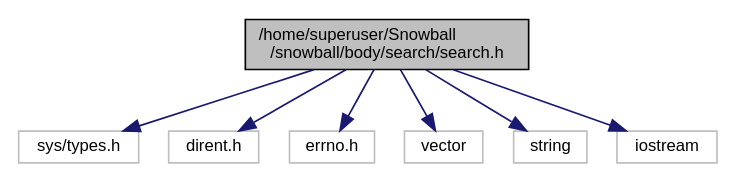
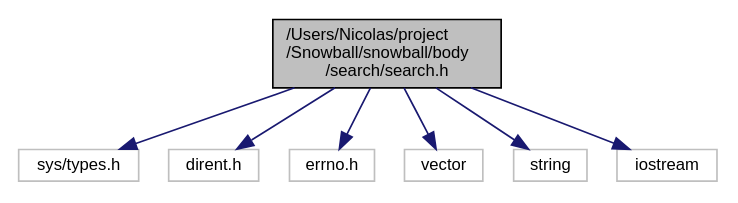
One commit to HexDumper/Snowball changed the diagram in snowball/documentation/rtf/search_8h__incl.dot. Above: the diagram before and after it, drawn with Graphviz. The commit also changed 330 other files, not shown here.

```diff
--- a/snowball/documentation/rtf/search_8h__incl.dot
+++ b/snowball/documentation/rtf/search_8h__incl.dot
@@ -1,18 +1,18 @@
-digraph "/home/superuser/Snowball/snowball/body/search/search.h"
+digraph "/Users/Nicolas/project/Snowball/snowball/body/search/search.h"
 {
   edge [fontname="Helvetica",fontsize="10",labelfontname="Helvetica",labelfontsize="10"];
   node [fontname="Helvetica",fontsize="10",shape=record];
-  Node1 [label="/home/superuser/Snowball\l/snowball/body/search/search.h",height=0.2,width=0.4,color="black", fillcolor="grey75", style="filled", fontcolor="black"];
-  Node1 -> Node2 [color="midnightblue",fontsize="10",style="solid",fontname="Helvetica"];
-  Node2 [label="sys/types.h",height=0.2,width=0.4,color="grey75", fillcolor="white", style="filled"];
-  Node1 -> Node3 [color="midnightblue",fontsize="10",style="solid",fontname="Helvetica"];
-  Node3 [label="dirent.h",height=0.2,width=0.4,color="grey75", fillcolor="white", style="filled"];
-  Node1 -> Node4 [color="midnightblue",fontsize="10",style="solid",fontname="Helvetica"];
-  Node4 [label="errno.h",height=0.2,width=0.4,color="grey75", fillcolor="white", style="filled"];
-  Node1 -> Node5 [color="midnightblue",fontsize="10",style="solid",fontname="Helvetica"];
-  Node5 [label="vector",height=0.2,width=0.4,color="grey75", fillcolor="white", style="filled"];
-  Node1 -> Node6 [color="midnightblue",fontsize="10",style="solid",fontname="Helvetica"];
-  Node6 [label="string",height=0.2,width=0.4,color="grey75", fillcolor="white", style="filled"];
-  Node1 -> Node7 [color="midnightblue",fontsize="10",style="solid",fontname="Helvetica"];
-  Node7 [label="iostream",height=0.2,width=0.4,color="grey75", fillcolor="white", style="filled"];
+  Node0 [label="/Users/Nicolas/project\l/Snowball/snowball/body\l/search/search.h",height=0.2,width=0.4,color="black", fillcolor="grey75", style="filled", fontcolor="black"];
+  Node0 -> Node1 [color="midnightblue",fontsize="10",style="solid",fontname="Helvetica"];
+  Node1 [label="sys/types.h",height=0.2,width=0.4,color="grey75", fillcolor="white", style="filled"];
+  Node0 -> Node2 [color="midnightblue",fontsize="10",style="solid",fontname="Helvetica"];
+  Node2 [label="dirent.h",height=0.2,width=0.4,color="grey75", fillcolor="white", style="filled"];
+  Node0 -> Node3 [color="midnightblue",fontsize="10",style="solid",fontname="Helvetica"];
+  Node3 [label="errno.h",height=0.2,width=0.4,color="grey75", fillcolor="white", style="filled"];
+  Node0 -> Node4 [color="midnightblue",fontsize="10",style="solid",fontname="Helvetica"];
+  Node4 [label="vector",height=0.2,width=0.4,color="grey75", fillcolor="white", style="filled"];
+  Node0 -> Node5 [color="midnightblue",fontsize="10",style="solid",fontname="Helvetica"];
+  Node5 [label="string",height=0.2,width=0.4,color="grey75", fillcolor="white", style="filled"];
+  Node0 -> Node6 [color="midnightblue",fontsize="10",style="solid",fontname="Helvetica"];
+  Node6 [label="iostream",height=0.2,width=0.4,color="grey75", fillcolor="white", style="filled"];
 }
```
